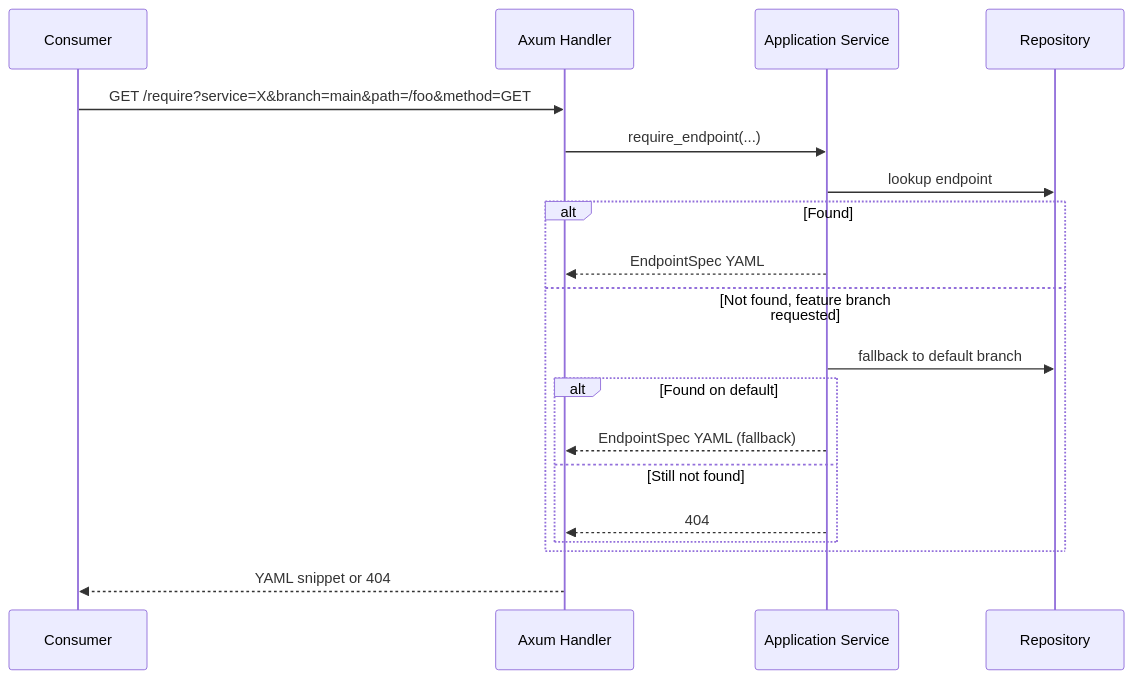
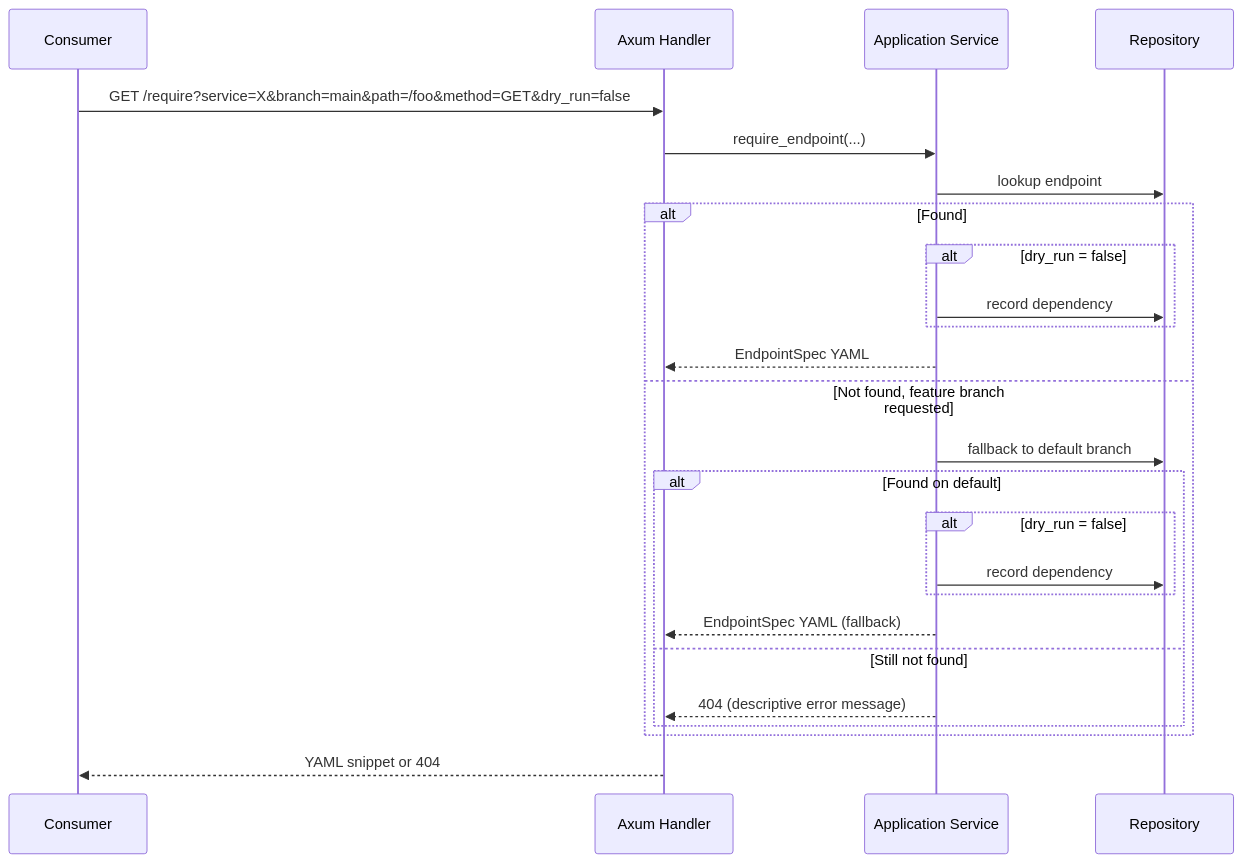
One commit to paxel/sanshain-service changed the third of 7 diagrams in docs/developer-guide.md. Above: the diagram before and after it, drawn with Mermaid. The commit also changed other lines of this file and 9 other files, not shown here.

First line of the commit message:
Add dry-run and better error response for provide

````diff
--- a/docs/developer-guide.md
+++ b/docs/developer-guide.md
@@ -116,22 +121,28 @@
 ```mermaid
 sequenceDiagram
     participant Consumer
     participant Handler as Axum Handler
     participant Service as Application Service
     participant Repo as Repository
 
-    Consumer->>Handler: GET /require?service=X&branch=main&path=/foo&method=GET
+    Consumer->>Handler: GET /require?service=X&branch=main&path=/foo&method=GET&dry_run=false
     Handler->>Service: require_endpoint(...)
     Service->>Repo: lookup endpoint
     alt Found
+        alt dry_run = false
+            Service->>Repo: record dependency
+        end
         Service-->>Handler: EndpointSpec YAML
     else Not found, feature branch requested
         Service->>Repo: fallback to default branch
         alt Found on default
+            alt dry_run = false
+                Service->>Repo: record dependency
+            end
             Service-->>Handler: EndpointSpec YAML (fallback)
         else Still not found
-            Service-->>Handler: 404
+            Service-->>Handler: 404 (descriptive error message)
         end
     end
     Handler-->>Consumer: YAML snippet or 404
 ```
````
